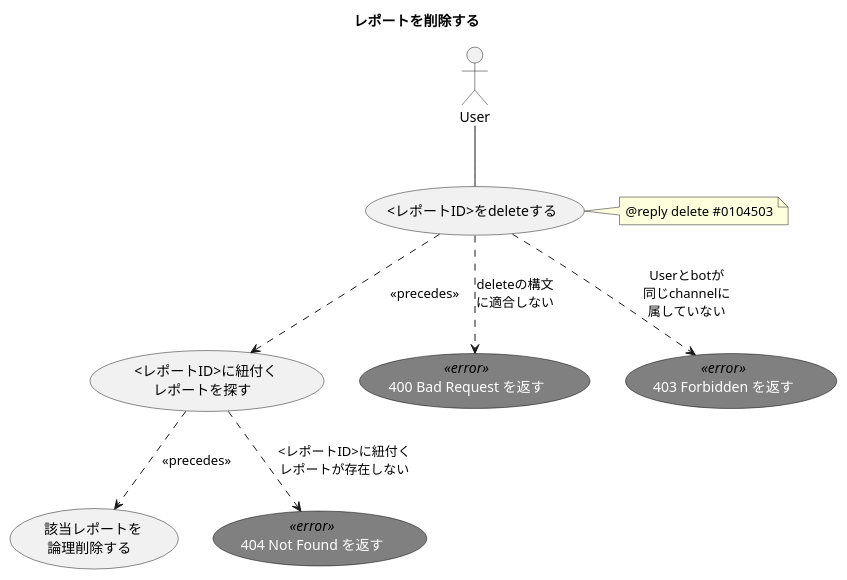
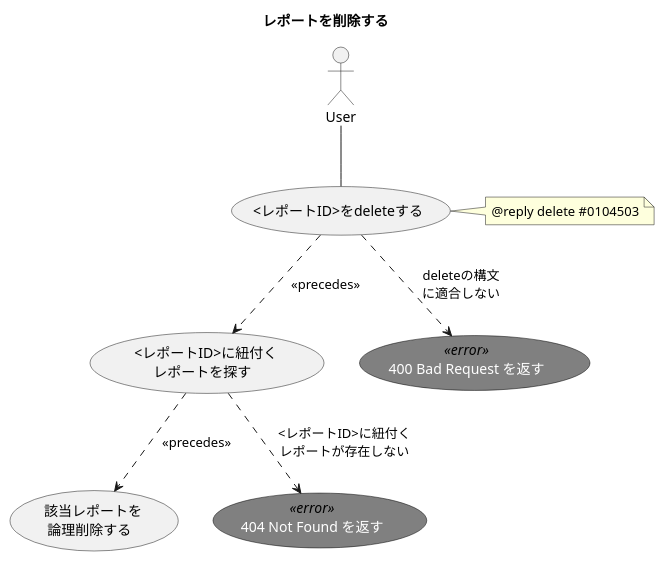
The diagram in 1.design/2.usecases/delete-report.md (ito-masam/kpt-guard.doc), drawn with PlantUML before and after one commit. The commit also changed 15 other files, not shown here.

```diff
--- a/1.design/2.usecases/delete-report.md
+++ b/1.design/2.usecases/delete-report.md
@@ -1,34 +1,31 @@
 @startuml
 
     ' ----------- meta
     title レポートを削除する
 
     skinparam usecase {
       FontColor<<error>> white
       FontName<<error>> Verdana
       BackgroundColor<<error>> gray
       BorderColor<<error>> black
     }
 
     actor User
 
     ' ----------- main
     User -- ( <レポートID>をdeleteする )
     ( <レポートID>をdeleteする ) ..> ( <レポートID>に紐付く\nレポートを探す ) : << precedes >>
     ( <レポートID>に紐付く\nレポートを探す ) ..> ( 該当レポートを\n論理削除する ) : << precedes >>
 
     note right of ( <レポートID>をdeleteする )
       @reply delete #0104503
     end note
 
     ' ----------- alternative
     ( 400 Bad Request を返す ) <<error>>
     ( <レポートID>をdeleteする ) ..> ( 400 Bad Request を返す ) : deleteの構文\nに適合しない
 
-    ( 403 Forbidden を返す ) <<error>>
-    ( <レポートID>をdeleteする ) ..> ( 403 Forbidden を返す ) : Userとbotが\n同じchannelに\n属していない
-
     ( 404 Not Found を返す ) <<error>>
     ( <レポートID>に紐付く\nレポートを探す ) ..> ( 404 Not Found を返す ) : <レポートID>に紐付く\nレポートが存在しない
 
 @enduml
```
